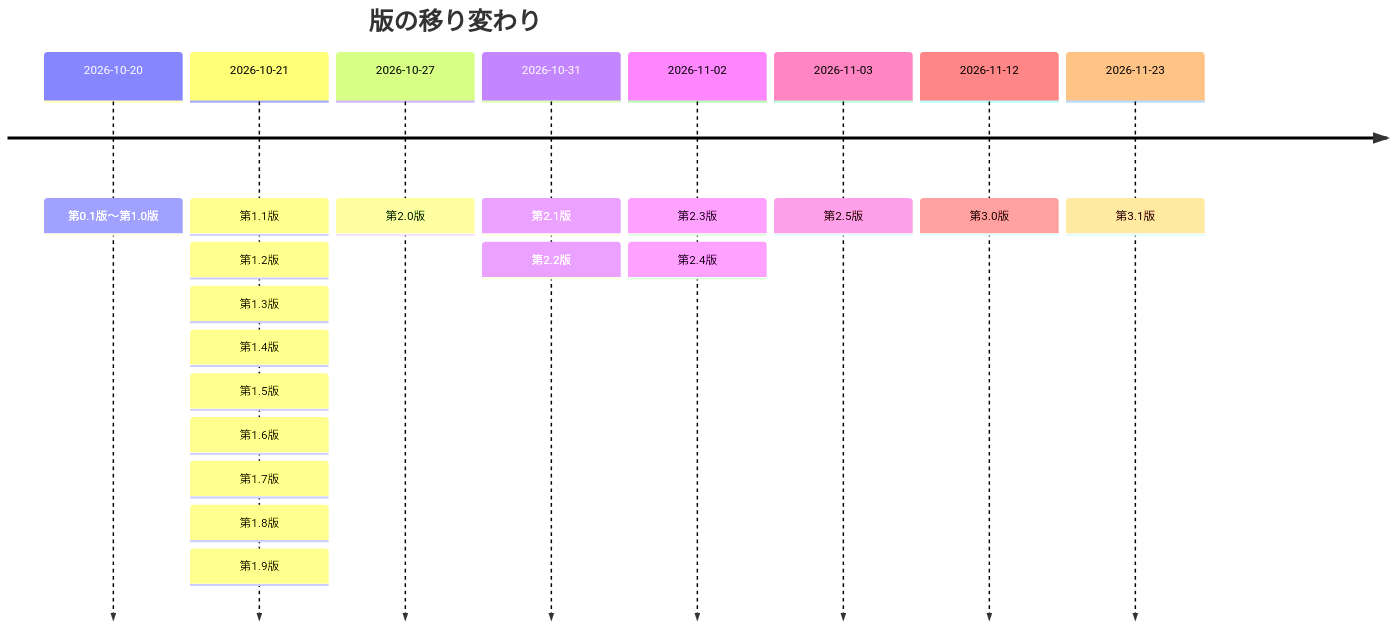
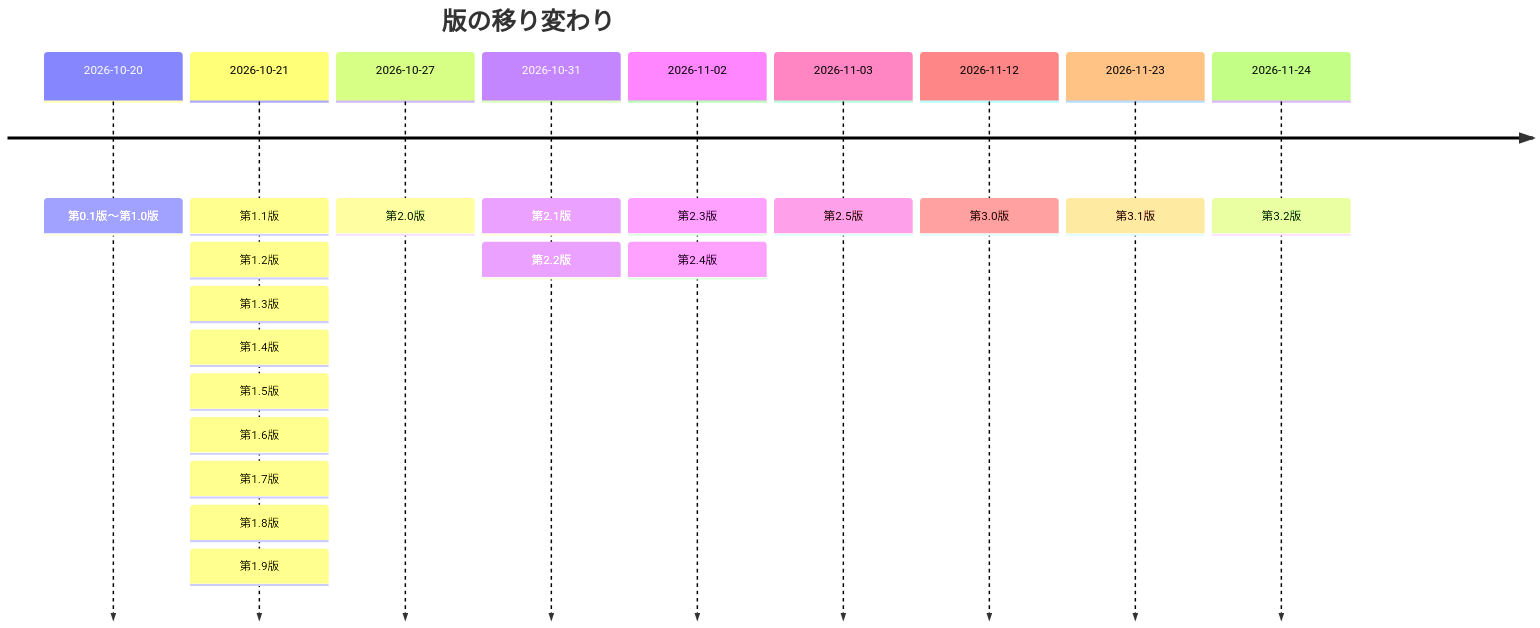
Before and after one commit to pocarialice/rpglearning: the fourth of 4 diagrams in documents/モジュールテスト結果報告書_RPG学習アプリ.md, drawn with Mermaid. The commit also changed other lines of this file and 8 other files, not shown here.

````diff
--- a/documents/モジュールテスト結果報告書_RPG学習アプリ.md
+++ b/documents/モジュールテスト結果報告書_RPG学習アプリ.md
@@ -1599,12 +1602,13 @@
 ```mermaid
 timeline
   title 版の移り変わり
   2026-10-20 : 第0.1版〜第1.0版
   2026-10-21 : 第1.1版 : 第1.2版 : 第1.3版 : 第1.4版 : 第1.5版 : 第1.6版 : 第1.7版 : 第1.8版 : 第1.9版
   2026-10-27 : 第2.0版
   2026-10-31 : 第2.1版 : 第2.2版
   2026-11-02 : 第2.3版 : 第2.4版
   2026-11-03 : 第2.5版
   2026-11-12 : 第3.0版
   2026-11-23 : 第3.1版
+  2026-11-24 : 第3.2版
 ```
````
